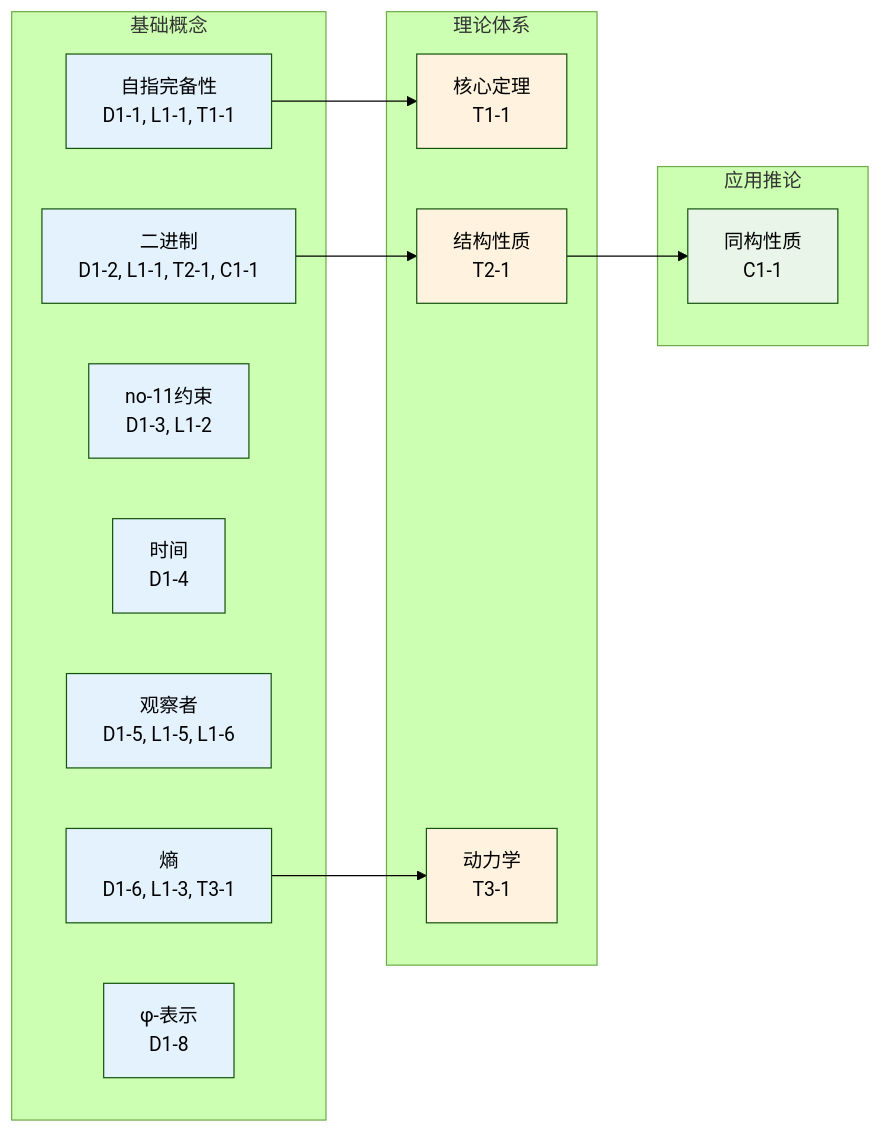
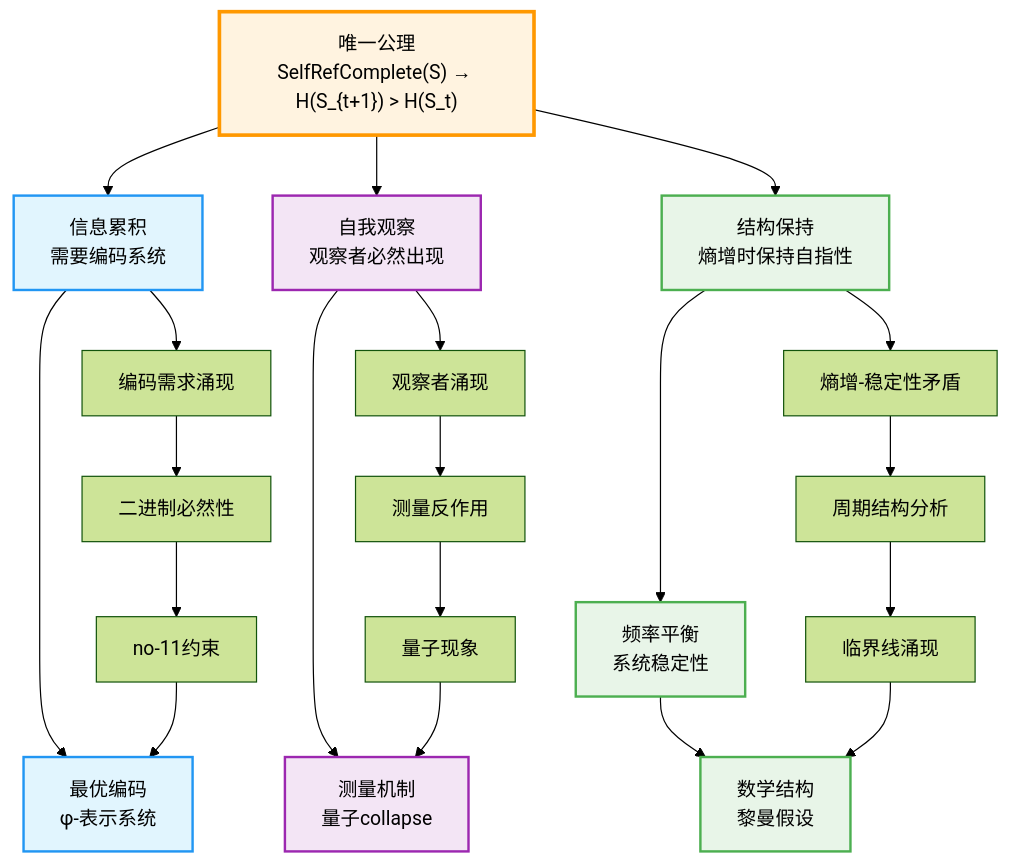
The first of 5 diagrams in docs/binaryuniverse/README.md (loning/the-binarymath), drawn with Mermaid (forest theme) before and after one commit. The commit also changed other lines of this file and 1 other file, not shown here.

````diff
--- a/docs/binaryuniverse/README.md
+++ b/docs/binaryuniverse/README.md
@@ -177,35 +157,34 @@
 ```mermaid
-graph LR
-    subgraph "基础概念"
-        SR["自指完备性<br/>D1-1, L1-1, T1-1"]
-        BIN["二进制<br/>D1-2, L1-1, T2-1, C1-1"]
-        NO11["no-11约束<br/>D1-3, L1-2"]
-        TIME["时间<br/>D1-4"]
-        OBS["观察者<br/>D1-5, L1-5, L1-6"]
-        ENT["熵<br/>D1-6, L1-3, T3-1"]
-        PHI["φ-表示<br/>D1-8"]
-    end
+graph TD
+    A["唯一公理<br/>SelfRefComplete(S) → H(S_{t+1}) > H(S_t)"] --> B["信息累积<br/>需要编码系统"]
+    B --> C["最优编码<br/>φ-表示系统"]
+    A --> D["自我观察<br/>观察者必然出现"]
+    D --> E["测量机制<br/>量子collapse"]
+    A --> H["结构保持<br/>熵增时保持自指性"]
+    H --> F["频率平衡<br/>系统稳定性"]
+    F --> G["数学结构<br/>黎曼假设"]
     
-    subgraph "理论体系"
-        CORE["核心定理<br/>T1-1"]
-        STRUCT["结构性质<br/>T2-1"]
-        DYN["动力学<br/>T3-1"]
-    end
+    B --> B1["编码需求涌现"]
+    B1 --> B2["二进制必然性"]
+    B2 --> B3["no-11约束"]
+    B3 --> C
     
-    subgraph "应用推论"
-        ISO["同构性质<br/>C1-1"]
-    end
+    D --> D1["观察者涌现"]
+    D1 --> D2["测量反作用"]
+    D2 --> D3["量子现象"]
+    D3 --> E
     
-    SR --> CORE
-    BIN --> STRUCT
-    ENT --> DYN
-    STRUCT --> ISO
-    
-    classDef concept fill:#e3f2fd
-    classDef theory fill:#fff3e0
-    classDef application fill:#e8f5e8
-    
-    class SR,BIN,NO11,TIME,OBS,ENT,PHI concept
-    class CORE,STRUCT,DYN theory
-    class ISO application
+    H --> H1["熵增-稳定性矛盾"]
+    H1 --> H2["周期结构分析"]
+    H2 --> H3["临界线涌现"]
+    H3 --> G
+
+    style A fill:#fff3e0,stroke:#ff9800,stroke-width:3px
+    style B fill:#e1f5fe,stroke:#2196f3,stroke-width:2px
+    style C fill:#e1f5fe,stroke:#2196f3,stroke-width:2px
+    style D fill:#f3e5f5,stroke:#9c27b0,stroke-width:2px
+    style E fill:#f3e5f5,stroke:#9c27b0,stroke-width:2px
+    style H fill:#e8f5e8,stroke:#4caf50,stroke-width:2px
+    style F fill:#e8f5e8,stroke:#4caf50,stroke-width:2px
+    style G fill:#e8f5e8,stroke:#4caf50,stroke-width:2px
 ```
````
